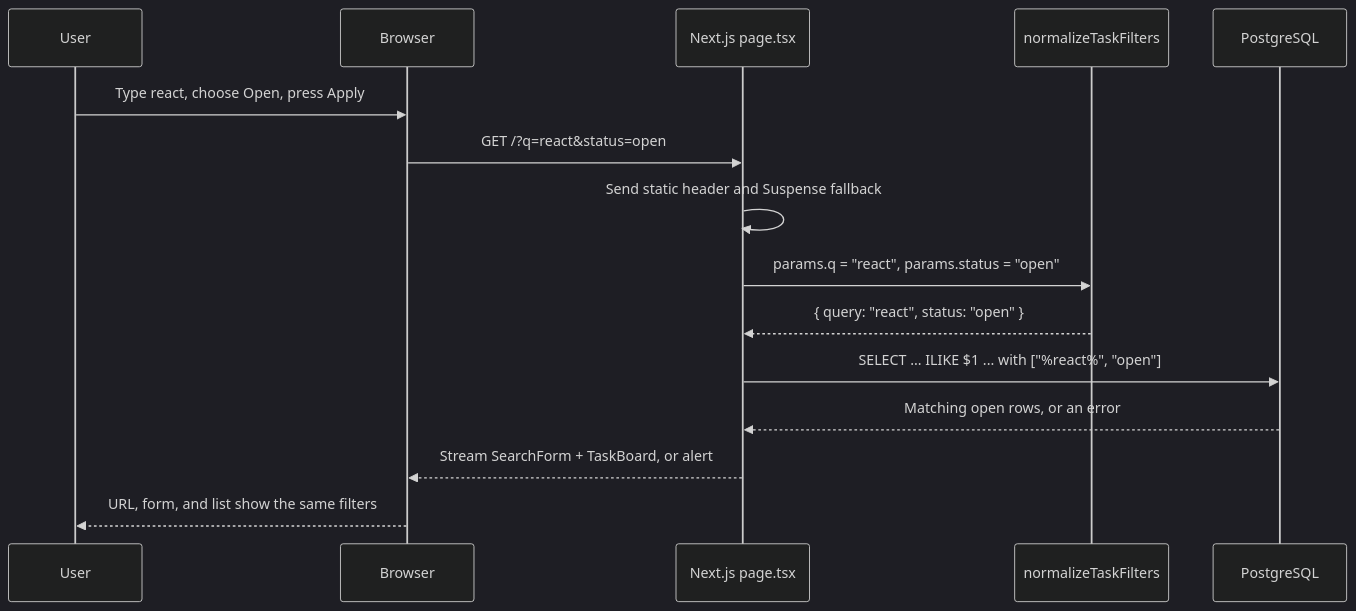
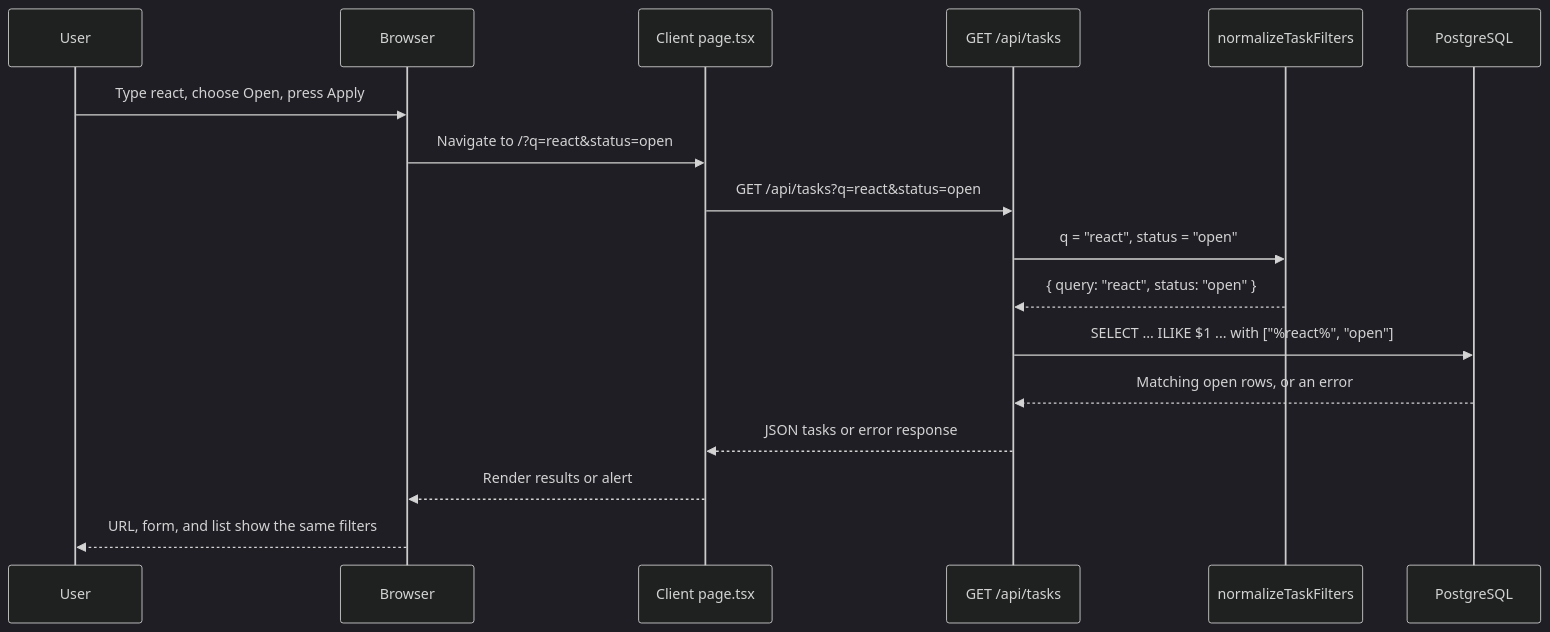
The fourth of 4 diagrams in lessons/interview-prep/prep-day-05.md (pratulsharma/minitrack), drawn with Mermaid (dark theme) before and after one commit. The commit also changed other lines of this file and 10 other files, not shown here.

````diff
--- a/lessons/interview-prep/prep-day-05.md
+++ b/lessons/interview-prep/prep-day-05.md
@@ -705,17 +725,19 @@
 ```mermaid
 sequenceDiagram
   participant U as User
   participant B as Browser
-  participant N as Next.js page.tsx
+  participant N as Client page.tsx
+  participant A as GET /api/tasks
   participant V as normalizeTaskFilters
   participant P as PostgreSQL
   U->>B: Type react, choose Open, press Apply
-  B->>N: GET /?q=react&status=open
-  N->>N: Send static header and Suspense fallback
-  N->>V: params.q = "react", params.status = "open"
-  V-->>N: { query: "react", status: "open" }
-  N->>P: SELECT ... ILIKE $1 ... with ["%react%", "open"]
-  P-->>N: Matching open rows, or an error
-  N-->>B: Stream SearchForm + TaskBoard, or alert
+  B->>N: Navigate to /?q=react&status=open
+  N->>A: GET /api/tasks?q=react&status=open
+  A->>V: q = "react", status = "open"
+  V-->>A: { query: "react", status: "open" }
+  A->>P: SELECT ... ILIKE $1 ... with ["%react%", "open"]
+  P-->>A: Matching open rows, or an error
+  A-->>N: JSON tasks or error response
+  N-->>B: Render results or alert
   B-->>U: URL, form, and list show the same filters
 ```
````
